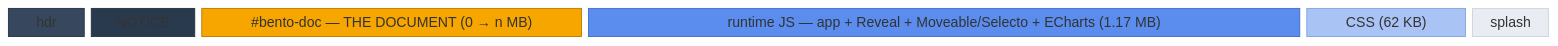
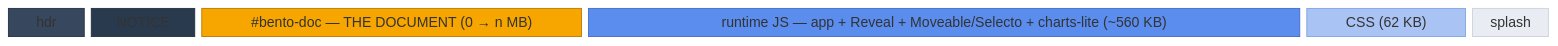
One commit to nyblnet/bento changed the first of 4 diagrams in docs/architecture.md. Above: the diagram before and after it, drawn with Mermaid (forest theme). The commit also changed other lines of this file and 7 other files, not shown here.

````diff
--- a/docs/architecture.md
+++ b/docs/architecture.md
@@ -36,17 +36,17 @@
 ```mermaid
 block-beta
   columns 56
   chrome["hdr"]:3
   notice["NOTICE"]:4
   doc["#bento-doc — THE DOCUMENT (0 → n MB)"]:14
-  js["runtime JS — app + Reveal + Moveable/Selecto + ECharts (1.17 MB)"]:26
+  js["runtime JS — app + Reveal + Moveable/Selecto + charts-lite (~560 KB)"]:26
   css["CSS (62 KB)"]:6
   splash["splash"]:3
 
   style chrome fill:#37485e,stroke:#22303f,color:#c8d4e2
   style notice fill:#2a3a4e,stroke:#22303f,color:#c8d4e2
   style doc fill:#F7A600,stroke:#b87a00,color:#2b1d00
   style js fill:#5B8DEF,stroke:#3f6cc4,color:#0d1b33
   style css fill:#a9c3f5,stroke:#7fa3e0,color:#1e2a3a
   style splash fill:#e9edf3,stroke:#c9d2de,color:#45566b
 ```
````
